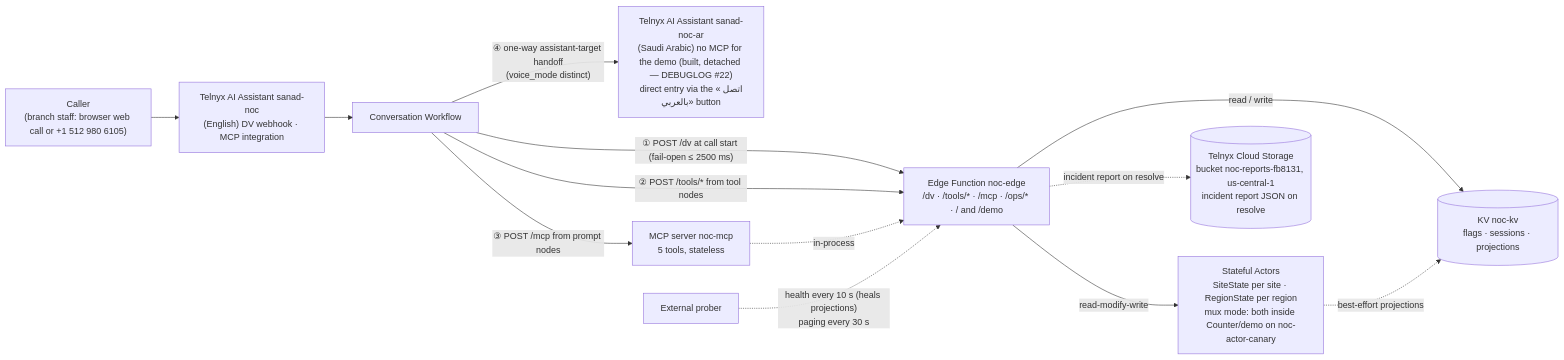
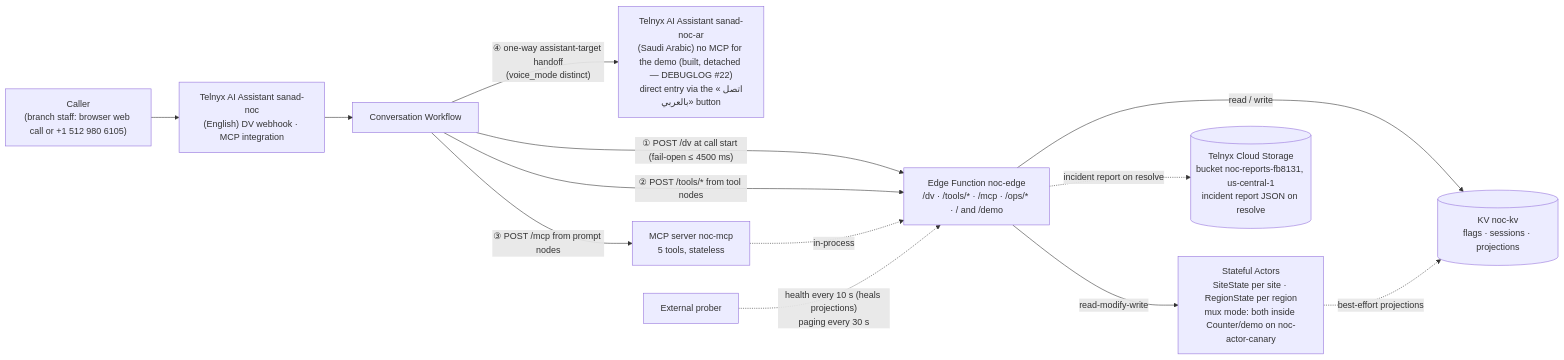
One commit to ifahad/noc-front-door changed the diagram in README.md. Above: the diagram before and after it, drawn with Mermaid. The commit also changed 6 other files, not shown here.

````diff
--- a/README.md
+++ b/README.md
@@ -42,26 +42,26 @@
 ```mermaid
 flowchart LR
   caller["Caller<br/>(branch staff: browser web call or +1 512 980 6105)"]
   asst["Telnyx AI Assistant sanad-noc<br/>(English) DV webhook · MCP integration"]
   wf["Conversation Workflow"]
   ar["Telnyx AI Assistant sanad-noc-ar<br/>(Saudi Arabic) no MCP for the demo (built, detached — DEBUGLOG #22)<br/>direct entry via the «اتصل بالعربي» button"]
   edge["Edge Function noc-edge<br/>/dv · /tools/* · /mcp · /ops/* · / and /demo"]
   mcp["MCP server noc-mcp<br/>5 tools, stateless"]
   kv[("KV noc-kv<br/>flags · sessions · projections")]
   actors["Stateful Actors<br/>SiteState per site · RegionState per region<br/>mux mode: both inside Counter/demo on noc-actor-canary"]
   tcs[("Telnyx Cloud Storage<br/>bucket noc-reports-fb8131, us-central-1<br/>incident report JSON on resolve")]
   prober["External prober"]
 
   caller --> asst
   asst --> wf
   wf -->|"④ one-way assistant-target handoff<br/>(voice_mode distinct)"| ar
-  wf -->|"① POST /dv at call start (fail-open ≤ 2500 ms)"| edge
+  wf -->|"① POST /dv at call start (fail-open ≤ 4500 ms)"| edge
   wf -->|"② POST /tools/* from tool nodes"| edge
   wf -->|"③ POST /mcp from prompt nodes"| mcp
   mcp -.->|"in-process"| edge
   edge -->|"read / write"| kv
   edge -->|"read-modify-write"| actors
   actors -.->|"best-effort projections"| kv
   edge -.->|"incident report on resolve"| tcs
   prober -.->|"health every 10 s (heals projections)<br/>paging every 30 s"| edge
 ```
````
